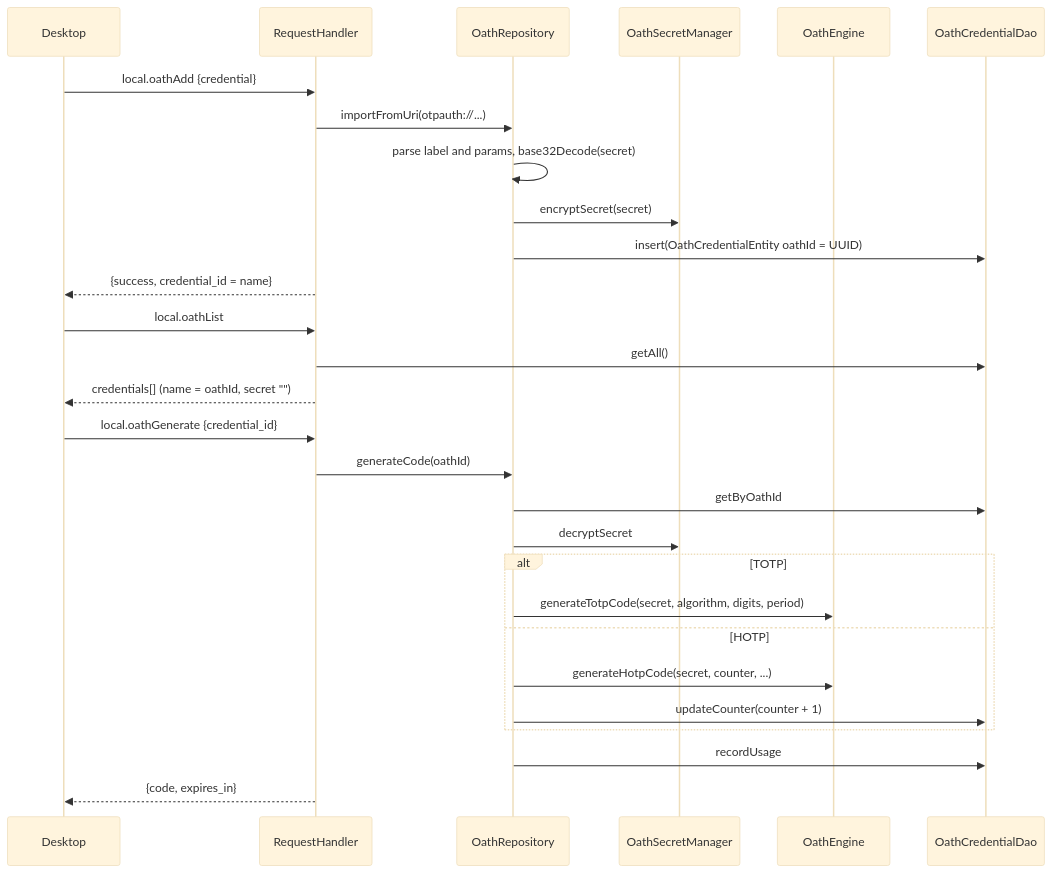
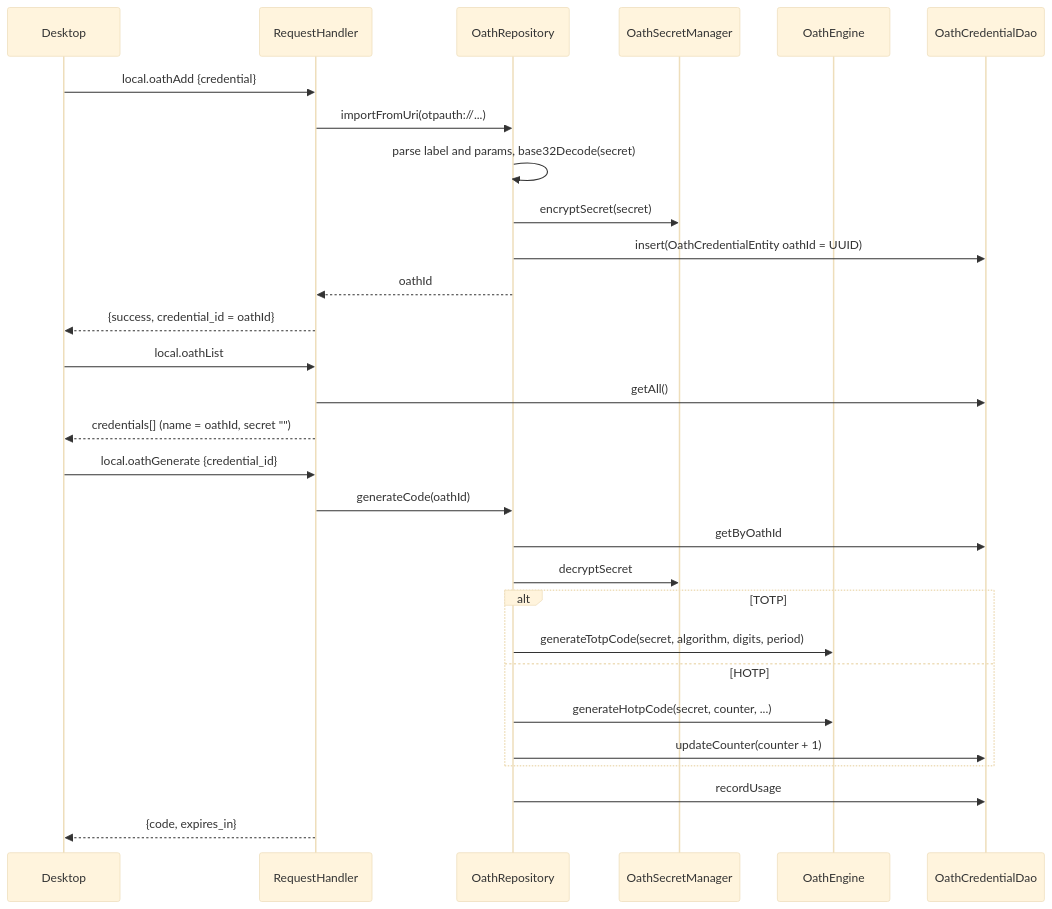
Before and after one commit to jeremyhahn/xkey-android: the diagram in docs/oath/architecture.md, drawn with Mermaid (base theme).

Commit message:
docs: the oath sequence diagram returns the stored oathId from local.oathAdd
Closes #152

````diff
--- a/docs/oath/architecture.md
+++ b/docs/oath/architecture.md
@@ -55,33 +55,34 @@
 ```mermaid
 sequenceDiagram
     participant D as Desktop
     participant H as RequestHandler
     participant R as OathRepository
     participant SM as OathSecretManager
     participant E as OathEngine
     participant DB as OathCredentialDao
 
     D->>H: local.oathAdd {credential}
     H->>R: importFromUri(otpauth://...)
     R->>R: parse label and params, base32Decode(secret)
     R->>SM: encryptSecret(secret)
     R->>DB: insert(OathCredentialEntity oathId = UUID)
-    H-->>D: {success, credential_id = name}
+    R-->>H: oathId
+    H-->>D: {success, credential_id = oathId}
 
     D->>H: local.oathList
     H->>DB: getAll()
     H-->>D: credentials[] (name = oathId, secret "")
 
     D->>H: local.oathGenerate {credential_id}
     H->>R: generateCode(oathId)
     R->>DB: getByOathId
     R->>SM: decryptSecret
     alt TOTP
         R->>E: generateTotpCode(secret, algorithm, digits, period)
     else HOTP
         R->>E: generateHotpCode(secret, counter, ...)
         R->>DB: updateCounter(counter + 1)
     end
     R->>DB: recordUsage
     H-->>D: {code, expires_in}
 ```
````
